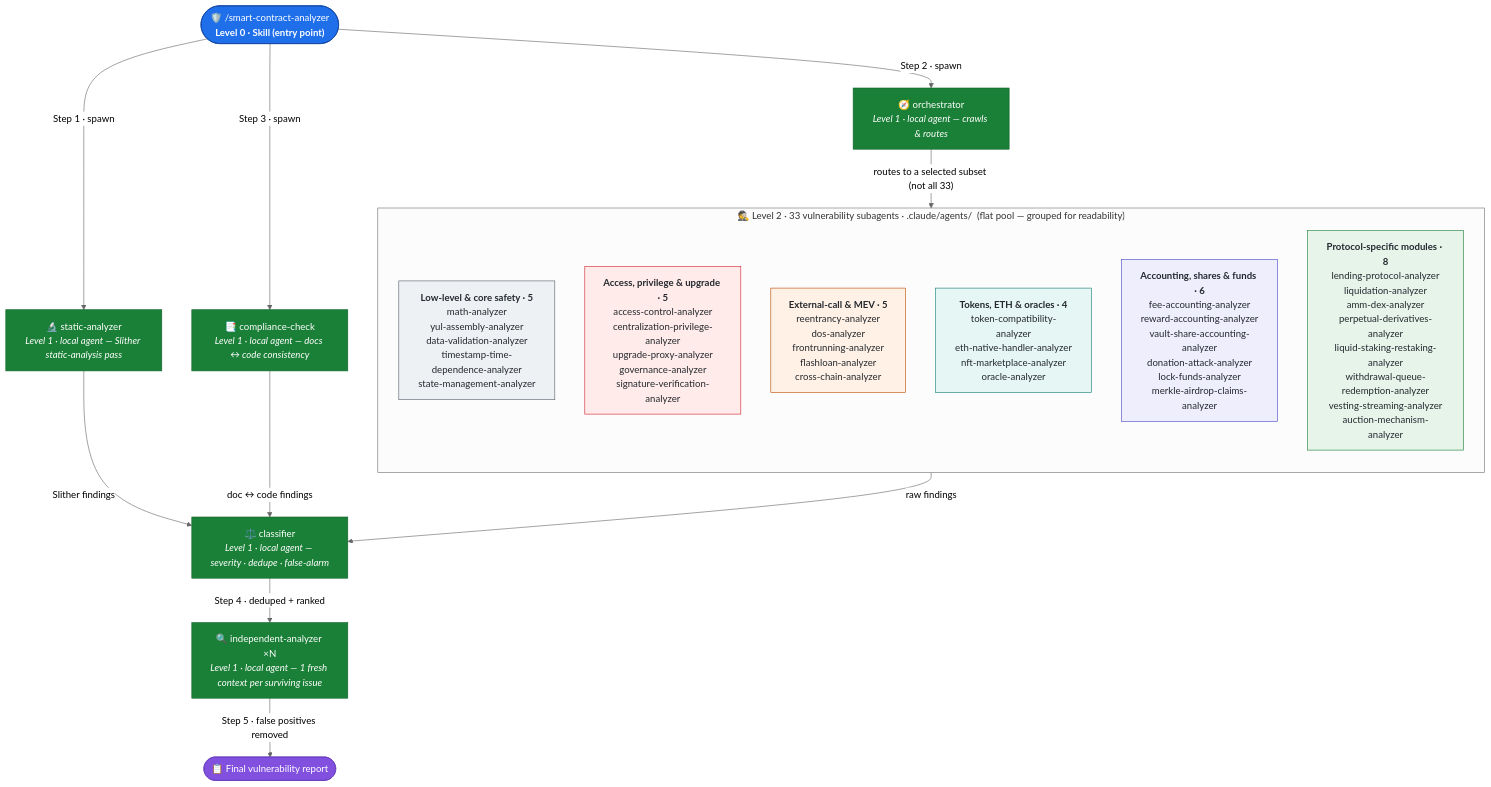
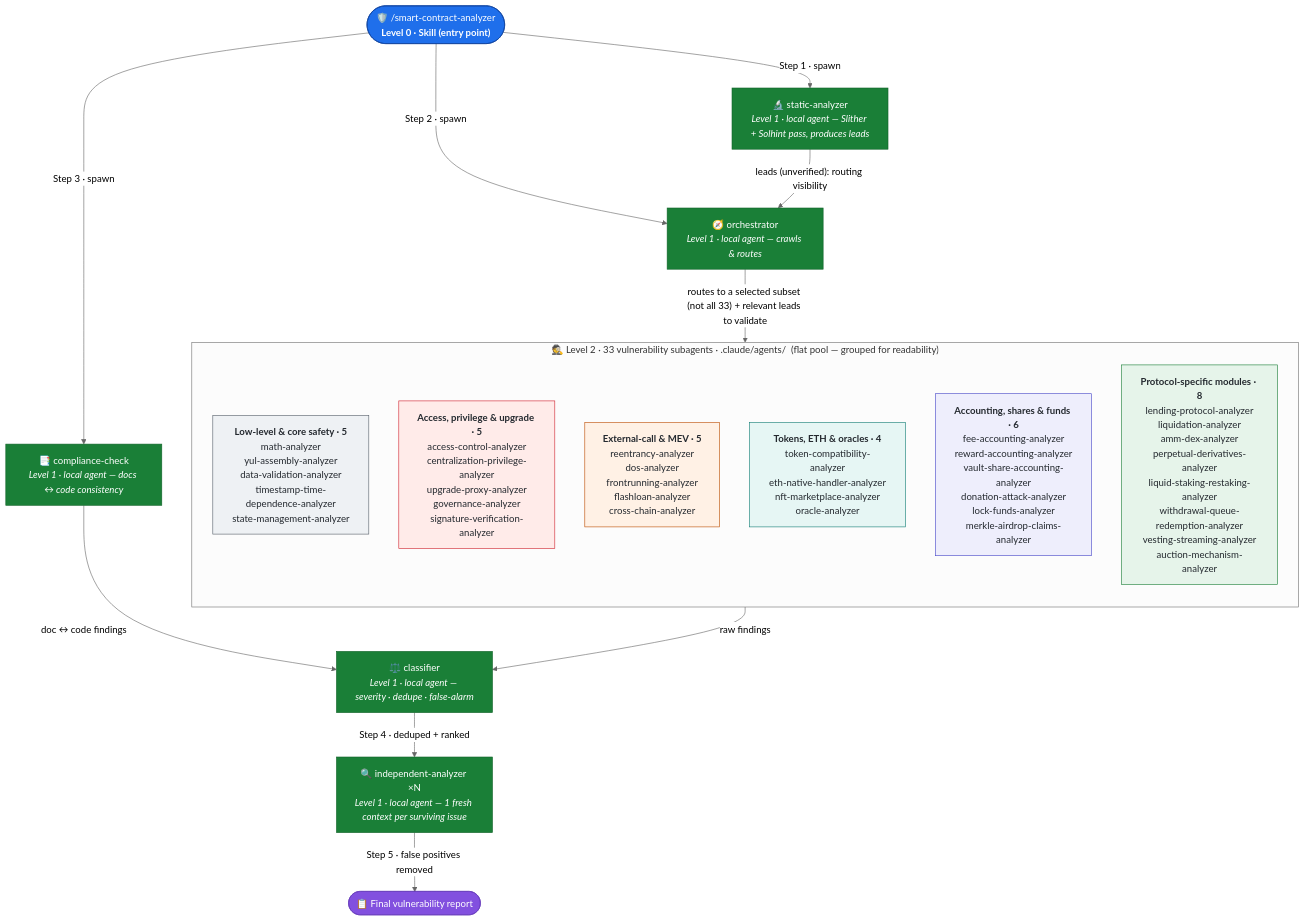
One commit to mnedelchev-vn/solidity-claude-setup changed the diagram in .claude/skills/smart-contract-analyzer/README.md. Above: the diagram before and after it, drawn with Mermaid (neutral theme). The commit also changed other lines of this file, not shown here.

Commit message:
docs(smart-contract-analyzer): describe Slither + Solhint static-analyzer leads in README

````diff
--- a/.claude/skills/smart-contract-analyzer/README.md
+++ b/.claude/skills/smart-contract-analyzer/README.md
@@ -9,44 +9,44 @@
 ```mermaid
 flowchart TD
     SKILL(["🛡️ /smart-contract-analyzer<br/><b>Level 0 · Skill (entry point)</b>"])
-    STATIC["🔬 static-analyzer<br/><i>Level 1 · local agent — Slither static-analysis pass</i>"]
+    STATIC["🔬 static-analyzer<br/><i>Level 1 · local agent — Slither + Solhint pass, produces leads</i>"]
     ORCH["🧭 orchestrator<br/><i>Level 1 · local agent — crawls & routes</i>"]
     COMPL["📑 compliance-check<br/><i>Level 1 · local agent — docs ↔ code consistency</i>"]
     CLASS["⚖️ classifier<br/><i>Level 1 · local agent — severity · dedupe · false-alarm</i>"]
     INDEP["🔍 independent-analyzer ×N<br/><i>Level 1 · local agent — 1 fresh context per surviving issue</i>"]
     OUT(["📋 Final vulnerability report"])
 
     subgraph POOL["🕵️ Level 2 · 33 vulnerability subagents · .claude/agents/ &nbsp;(flat pool — grouped for readability)"]
       direction TB
       G1["<b>Low-level &amp; core safety · 5</b><br/>math-analyzer<br/>yul-assembly-analyzer<br/>data-validation-analyzer<br/>timestamp-time-dependence-analyzer<br/>state-management-analyzer"]
       G2["<b>Access, privilege &amp; upgrade · 5</b><br/>access-control-analyzer<br/>centralization-privilege-analyzer<br/>upgrade-proxy-analyzer<br/>governance-analyzer<br/>signature-verification-analyzer"]
       G3["<b>External-call &amp; MEV · 5</b><br/>reentrancy-analyzer<br/>dos-analyzer<br/>frontrunning-analyzer<br/>flashloan-analyzer<br/>cross-chain-analyzer"]
       G4["<b>Tokens, ETH &amp; oracles · 4</b><br/>token-compatibility-analyzer<br/>eth-native-handler-analyzer<br/>nft-marketplace-analyzer<br/>oracle-analyzer"]
       G5["<b>Accounting, shares &amp; funds · 6</b><br/>fee-accounting-analyzer<br/>reward-accounting-analyzer<br/>vault-share-accounting-analyzer<br/>donation-attack-analyzer<br/>lock-funds-analyzer<br/>merkle-airdrop-claims-analyzer"]
       G6["<b>Protocol-specific modules · 8</b><br/>lending-protocol-analyzer<br/>liquidation-analyzer<br/>amm-dex-analyzer<br/>perpetual-derivatives-analyzer<br/>liquid-staking-restaking-analyzer<br/>withdrawal-queue-redemption-analyzer<br/>vesting-streaming-analyzer<br/>auction-mechanism-analyzer"]
     end
 
     SKILL -- "Step 1 · spawn" --> STATIC
     SKILL -- "Step 2 · spawn" --> ORCH
     SKILL -- "Step 3 · spawn" --> COMPL
-    ORCH -- "routes to a selected subset (not all 33)" --> POOL
-    STATIC -- "Slither findings" --> CLASS
+    STATIC -- "leads (unverified): routing visibility" --> ORCH
+    ORCH -- "routes to a selected subset (not all 33) + relevant leads to validate" --> POOL
     POOL -- "raw findings" --> CLASS
     COMPL -- "doc ↔ code findings" --> CLASS
     CLASS -- "Step 4 · deduped + ranked" --> INDEP
     INDEP -- "Step 5 · false positives removed" --> OUT
 
     classDef skill fill:#1f6feb,stroke:#0d419d,color:#fff;
     classDef local fill:#1a7f37,stroke:#116329,color:#fff;
     classDef out fill:#8250df,stroke:#6639ba,color:#fff;
     classDef g1 fill:#eef1f4,stroke:#57606a,color:#24292f;
     classDef g2 fill:#ffebe9,stroke:#cf222e,color:#24292f;
     classDef g3 fill:#fff1e5,stroke:#bc4c00,color:#24292f;
     classDef g4 fill:#e6f6f4,stroke:#0f7c74,color:#24292f;
     classDef g5 fill:#eeeefc,stroke:#4646c9,color:#24292f;
     classDef g6 fill:#e6f4ea,stroke:#1a7f37,color:#24292f;
     class SKILL skill;
     class STATIC,ORCH,COMPL,CLASS,INDEP local;
     class OUT out;
     class G1 g1; class G2 g2; class G3 g3; class G4 g4; class G5 g5; class G6 g6;
 ```
````
